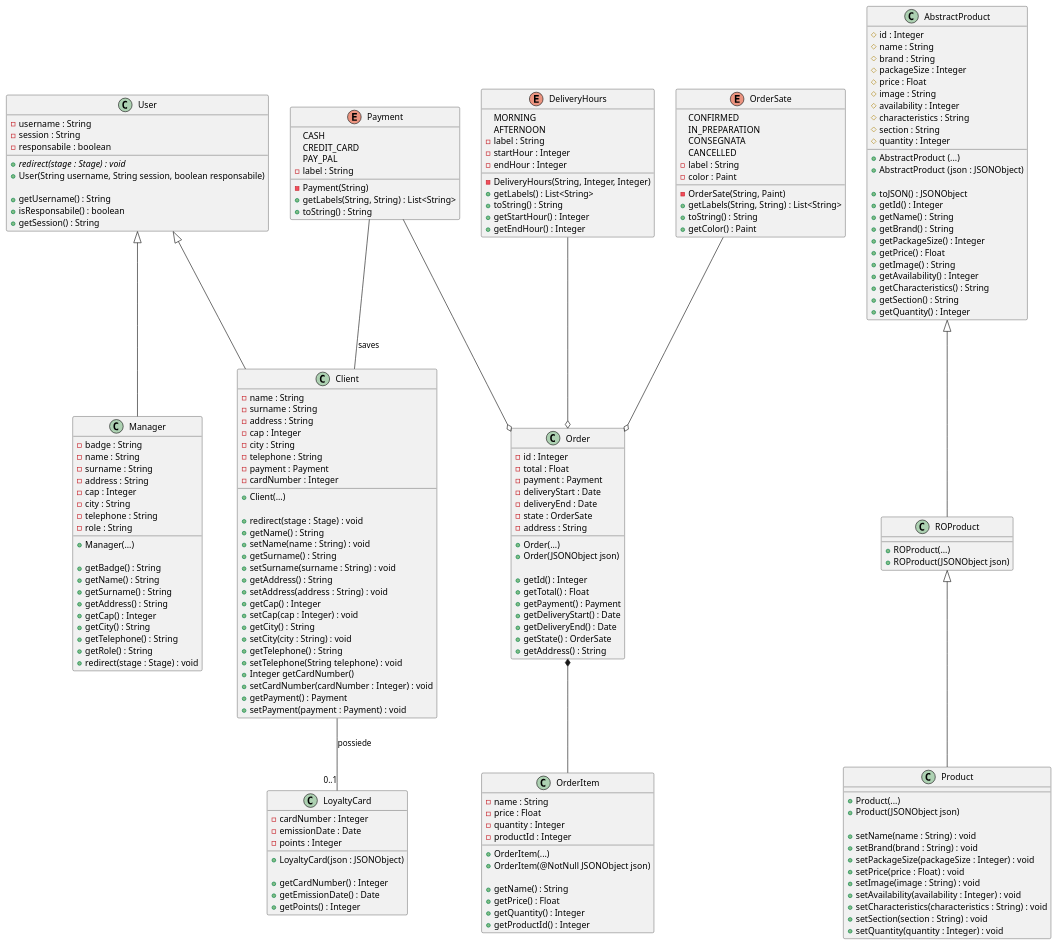
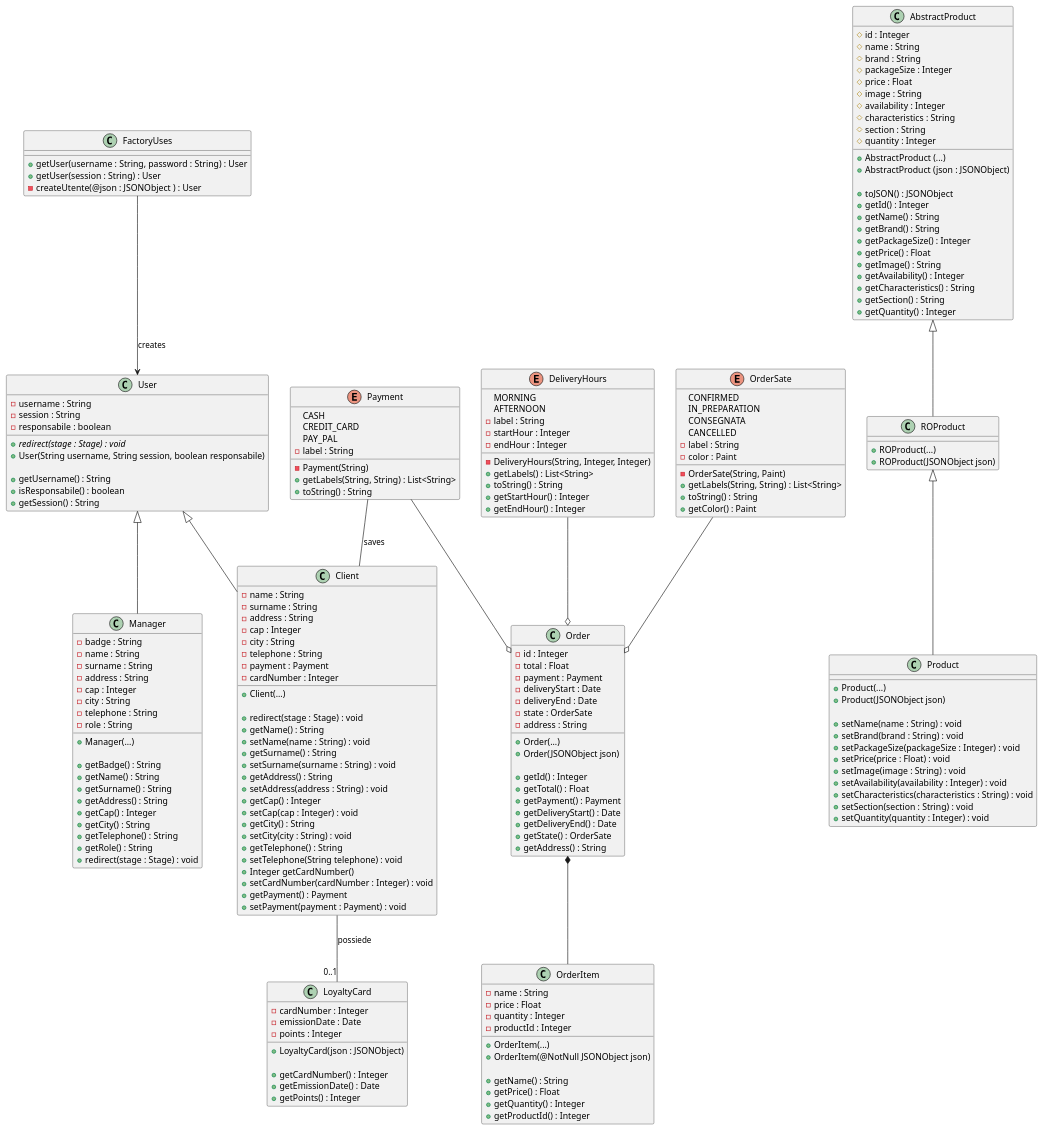
The diagram in docs/diagrams/class/final/client_models_class.puml (joshuachp/progetto_ingegneria_software), drawn with PlantUML before and after one commit. The commit also changed 4 other files, not shown here.

```diff
--- a/docs/diagrams/class/final/client_models_class.puml
+++ b/docs/diagrams/class/final/client_models_class.puml
@@ -206,7 +206,13 @@
   + toString() : String
 }
 
+class FactoryUses{
+    + getUser(username : String, password : String) : User
+    + getUser(session : String) : User
+    - createUtente(@json : JSONObject ) : User
+}
 
+FactoryUses-->User : creates
 
 Payment --  Client : saves
 Client -- "0..1" LoyaltyCard : possiede
```
